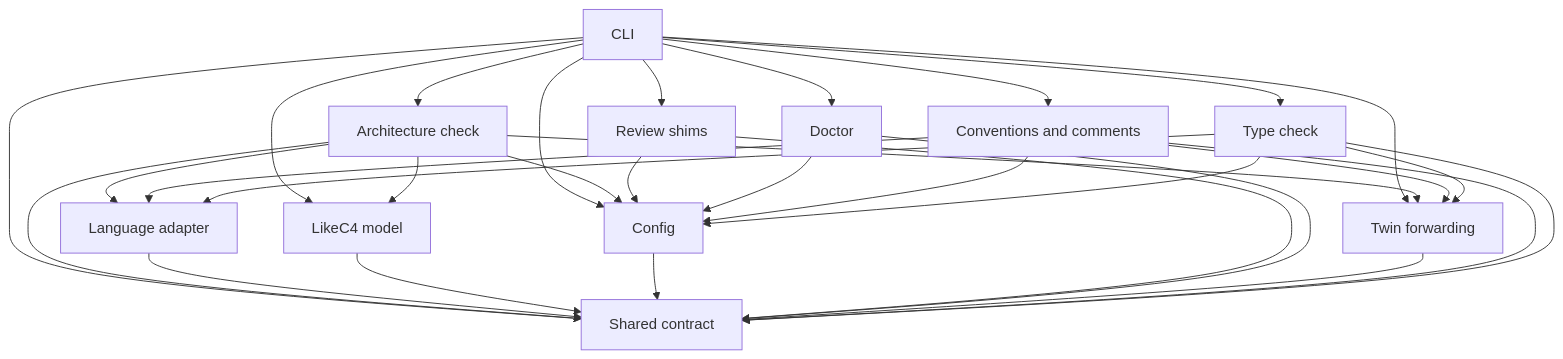
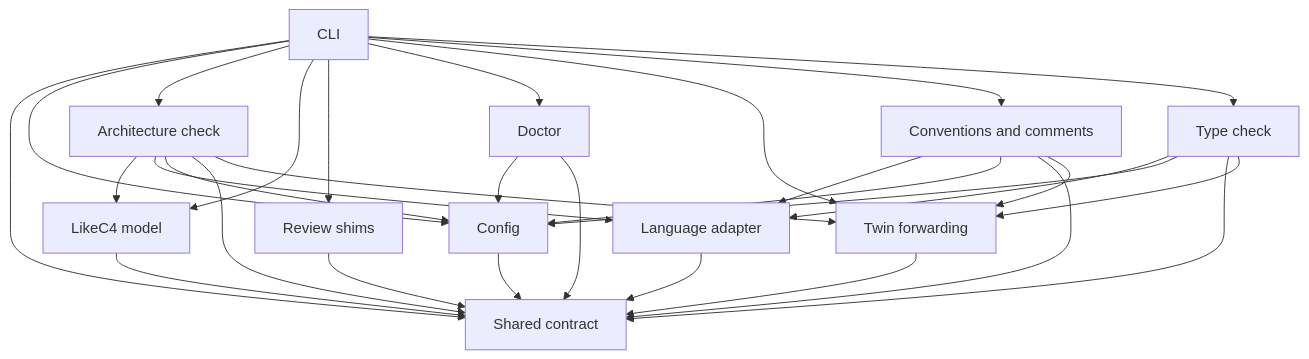
Before and after one commit to MotleyAI/living-architecture: the second of 2 diagrams in architecture/system.arc42.md, drawn with Mermaid. The commit also changed other lines of this file and 16 other files, not shown here.

````diff
--- a/architecture/system.arc42.md
+++ b/architecture/system.arc42.md
@@ -63,45 +62,44 @@
 ```mermaid
 flowchart TD
   %% npm: npm twin
   contract["Shared contract"]
   config["Config"]
   cli["CLI"]
   c4["LikeC4 model"]
   archcheck["Architecture check"]
   lang["Language adapter"]
   review["Review shims"]
   doctor["Doctor"]
   twin["Twin forwarding"]
   conventions["Conventions and comments"]
   typecheck["Type check"]
   cli --> contract
   cli --> config
   cli --> archcheck
   cli --> c4
   cli --> review
   cli --> doctor
   cli --> twin
   archcheck --> c4
   archcheck --> lang
   archcheck --> config
   archcheck --> contract
   archcheck --> twin
   lang --> contract
   c4 --> contract
   config --> contract
-  review --> config
   review --> contract
   doctor --> config
   doctor --> contract
   twin --> contract
   cli --> conventions
   cli --> typecheck
   conventions --> lang
   conventions --> config
   conventions --> contract
   conventions --> twin
   typecheck --> lang
   typecheck --> config
   typecheck --> contract
   typecheck --> twin
 ```
````
